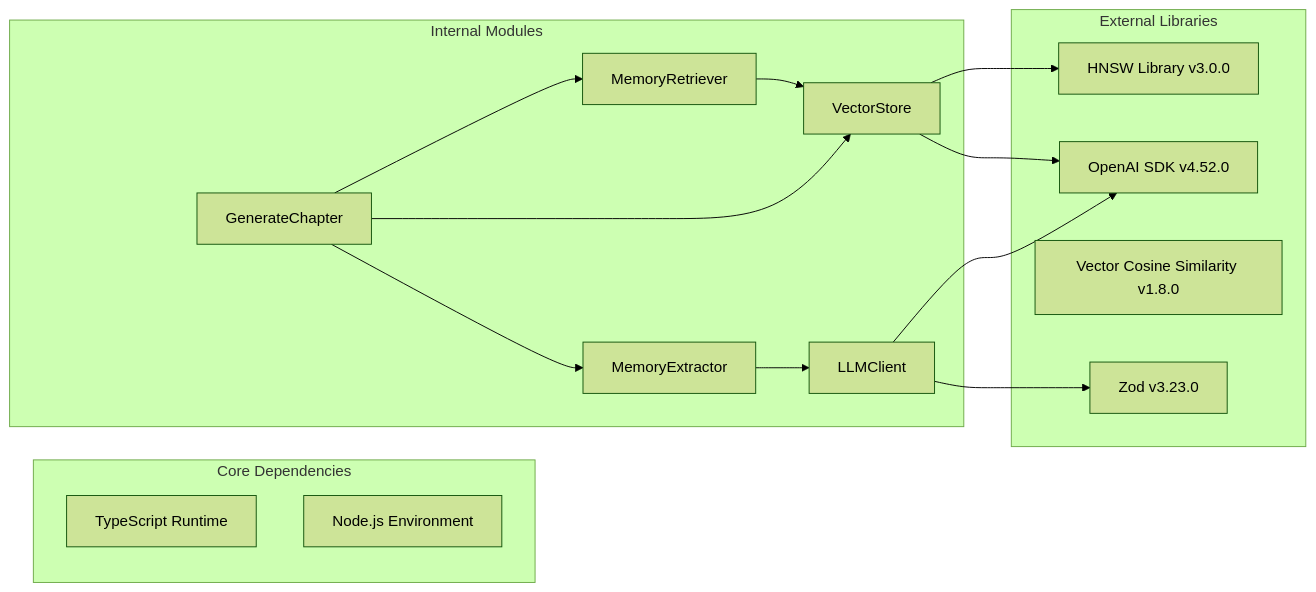
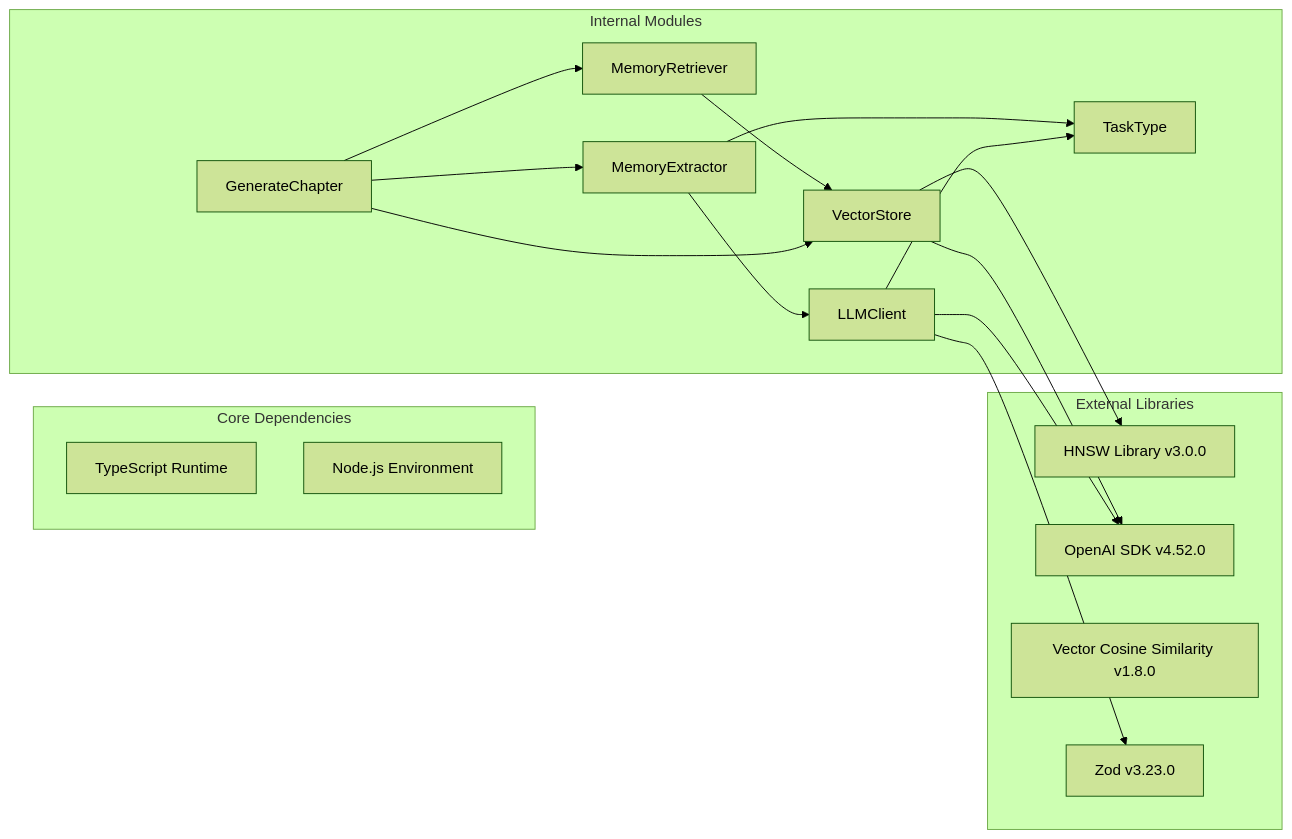
One commit to liwonder/NARRITIVE_OS changed the eighth of 8 diagrams in .qoder/repowiki/en/content/AI Agent System/Memory Extractor Agent.md. Above: the diagram before and after it, drawn with Mermaid (forest theme). The commit also changed other lines of this file and 12 other files, not shown here.

````diff
--- a/.qoder/repowiki/en/content/AI Agent System/Memory Extractor Agent.md
+++ b/.qoder/repowiki/en/content/AI Agent System/Memory Extractor Agent.md
@@ -254,29 +359,32 @@
 ```mermaid
 graph LR
 subgraph "Core Dependencies"
 TS[TypeScript Runtime]
 NODE[Node.js Environment]
 end
 subgraph "External Libraries"
 HNSWLIB[HNSW Library v3.0.0]
 OPENAI[OpenAI SDK v4.52.0]
 VECTOR[Vector Cosine Similarity v1.8.0]
 ZOD[Zod v3.23.0]
 end
 subgraph "Internal Modules"
 ME[MemoryExtractor]
 VS[VectorStore]
 MR[MemoryRetriever]
 LLM[LLMClient]
 GEN[GenerateChapter]
+TT[TaskType]
 end
 ME --> LLM
+ME --> TT
 VS --> HNSWLIB
 VS --> OPENAI
 MR --> VS
 GEN --> ME
 GEN --> VS
 GEN --> MR
 LLM --> OPENAI
 LLM --> ZOD
+LLM --> TT
 ```
````
